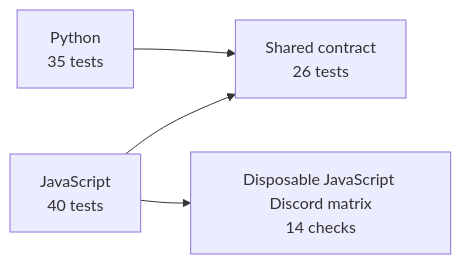
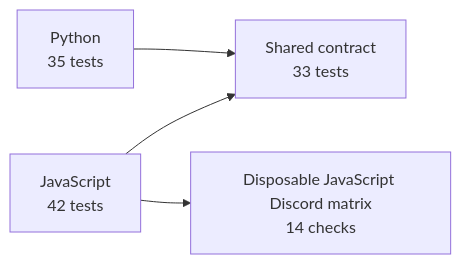
The first of 2 diagrams in TEST_REPORT.md (XxVoidicxX/project-parity), drawn with Mermaid before and after one commit. The commit also changed other lines of this file and 14 other files, not shown here.

````diff
--- a/TEST_REPORT.md
+++ b/TEST_REPORT.md
@@ -16,6 +16,6 @@
 ```mermaid
 flowchart LR
-  JS[JavaScript\n40 tests] --> Contract[Shared contract\n26 tests]
+  JS[JavaScript\n42 tests] --> Contract[Shared contract\n33 tests]
   PY[Python\n35 tests] --> Contract
   JS --> Live[Disposable JavaScript Discord matrix\n14 checks]
 ```
````
